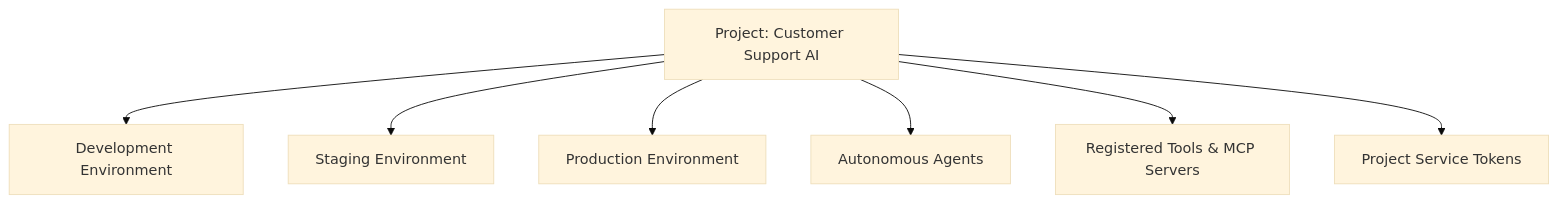
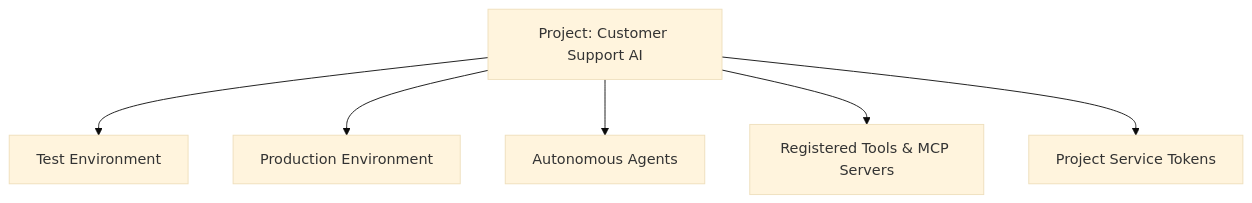
The diagram in docs/concepts/projects.md (bhakha-services/naagmani-docs), drawn with Mermaid (base theme) before and after one commit. The commit also changed other lines of this file and 14 other files, not shown here.

````diff
--- a/docs/concepts/projects.md
+++ b/docs/concepts/projects.md
@@ -5,10 +5,9 @@
 ```mermaid
 graph TD
     Project["Project: Customer Support AI"]
-    Project --> Env1["Development Environment"]
-    Project --> Env2["Staging Environment"]
-    Project --> Env3["Production Environment"]
+    Project --> Env1["Test Environment"]
+    Project --> Env2["Production Environment"]
     Project --> Agents["Autonomous Agents"]
     Project --> Tools["Registered Tools & MCP Servers"]
     Project --> ST["Project Service Tokens"]
 ```
````
